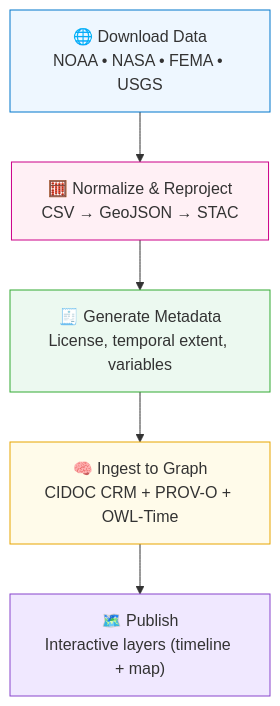
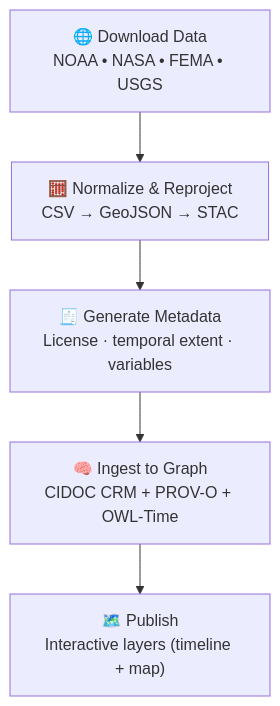
Before and after one commit to bartytime4life/Kansas-Frontier-Matrix: the diagram in docs/integration/climate-hazards.md, drawn with Mermaid. The commit also changed other lines of this file, not shown here.

````diff
--- a/docs/integration/climate-hazards.md
+++ b/docs/integration/climate-hazards.md
@@ -48,12 +99,8 @@
 ```mermaid
 flowchart TD
     A["🌐 Download Data<br/>NOAA • NASA • FEMA • USGS"] --> B["🧮 Normalize & Reproject<br/>CSV → GeoJSON → STAC"]
-    B --> C["🧾 Generate Metadata<br/>License, temporal extent, variables"]
+    B --> C["🧾 Generate Metadata<br/>License · temporal extent · variables"]
     C --> D["🧠 Ingest to Graph<br/>CIDOC CRM + PROV-O + OWL-Time"]
     D --> E["🗺️ Publish<br/>Interactive layers (timeline + map)"]
-    style A fill:#eef7ff,stroke:#0077cc
-    style B fill:#fff0f5,stroke:#cc0088
-    style C fill:#ecf9f0,stroke:#33aa33
-    style D fill:#fffbea,stroke:#e8a500
-    style E fill:#f0e8ff,stroke:#8844cc
+%% END OF MERMAID
 ```
````
